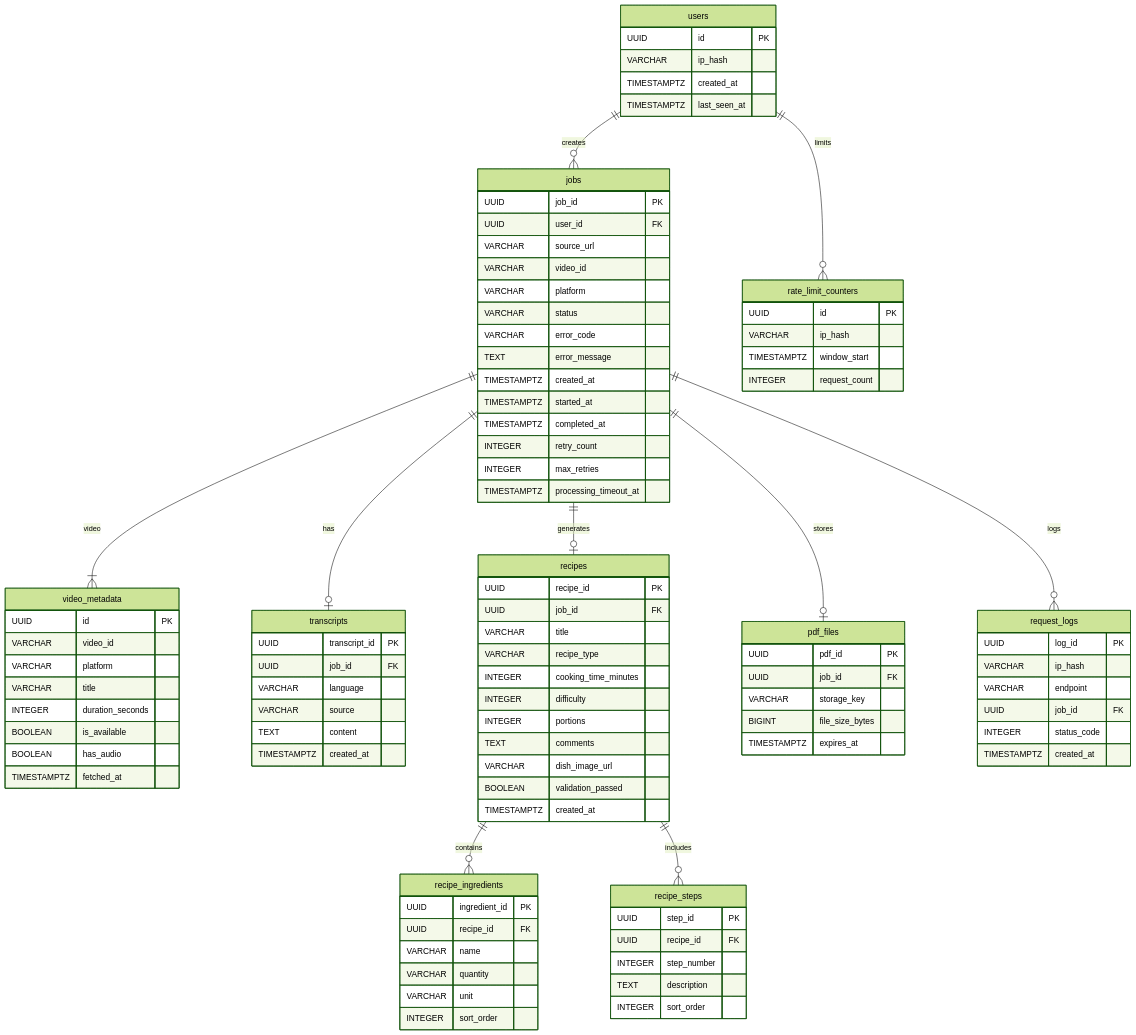
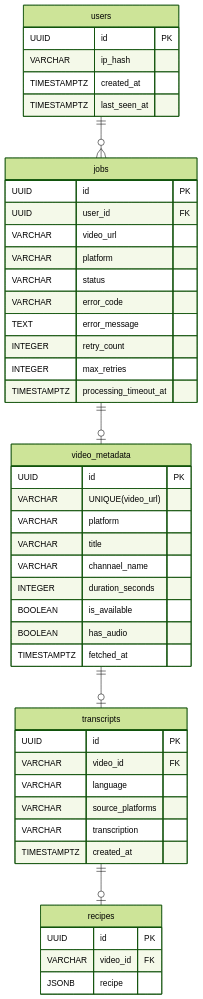
One commit to allfeia/Cooklink changed the diagram in docs/Data/postgres/ER_DIAGRAM_POSTGRES.md. Above: the diagram before and after it, drawn with Mermaid (forest theme). The commit also changed 6 other files, not shown here.

Commit message:
sequence-диаграмма, исправлена er-диаграмма, рефактор индексов и ключей для Redis

````diff
--- a/docs/Data/postgres/ER_DIAGRAM_POSTGRES.md
+++ b/docs/Data/postgres/ER_DIAGRAM_POSTGRES.md
@@ -11,17 +11,13 @@
     }
     
     jobs {
-        UUID job_id PK
+        UUID id PK
         UUID user_id FK
-        VARCHAR source_url
-        VARCHAR video_id
+        VARCHAR video_url
         VARCHAR platform
         VARCHAR status
         VARCHAR error_code
         TEXT error_message
-        TIMESTAMPTZ created_at
-        TIMESTAMPTZ started_at
-        TIMESTAMPTZ completed_at
         INTEGER retry_count
         INTEGER max_retries
         TIMESTAMPTZ processing_timeout_at
@@ -29,9 +25,10 @@
     
     video_metadata {
         UUID id PK
-        VARCHAR video_id
+        VARCHAR UNIQUE(video_url)
         VARCHAR platform
         VARCHAR title
+        VARCHAR channael_name
         INTEGER duration_seconds
         BOOLEAN is_available
         BOOLEAN has_audio
@@ -42,82 +39,33 @@
     %% RECIPE DATA
     %% ─────────────────────────────────────
     transcripts {
-        UUID transcript_id PK
-        UUID job_id FK
+        UUID id PK
+        VARCHAR video_id FK
         VARCHAR language
-        VARCHAR source
-        TEXT content
+        VARCHAR source_platforms
+        VARCHAR transcription
         TIMESTAMPTZ created_at
     }
     
     recipes {
-        UUID recipe_id PK
-        UUID job_id FK
-        VARCHAR title
-        VARCHAR recipe_type
-        INTEGER cooking_time_minutes
-        INTEGER difficulty
-        INTEGER portions
-        TEXT comments
-        VARCHAR dish_image_url
-        BOOLEAN validation_passed
-        TIMESTAMPTZ created_at
+        UUID id PK
+        VARCHAR video_id FK
+        JSONB recipe
     }
     
-    recipe_ingredients {
-        UUID ingredient_id PK
-        UUID recipe_id FK
-        VARCHAR name
-        VARCHAR quantity
-        VARCHAR unit
-        INTEGER sort_order
-    }
-    
-    recipe_steps {
-        UUID step_id PK
-        UUID recipe_id FK
-        INTEGER step_number
-        TEXT description
-        INTEGER sort_order
-    }
-    
-    %% ─────────────────────────────────────
-    %% STORAGE & AUDIT
-    %% ─────────────────────────────────────
-    pdf_files {
-        UUID pdf_id PK
-        UUID job_id FK
-        VARCHAR storage_key
-        BIGINT file_size_bytes
-        TIMESTAMPTZ expires_at
-    }
-    
-    request_logs {
-        UUID log_id PK
-        VARCHAR ip_hash
-        VARCHAR endpoint
-        UUID job_id FK
-        INTEGER status_code
-        TIMESTAMPTZ created_at
-    }
-    
-    rate_limit_counters {
-        UUID id PK
-        VARCHAR ip_hash
-        TIMESTAMPTZ window_start
-        INTEGER request_count
-    }
+%%    rate_limit_counters {
+%%        UUID id PK
+%%        VARCHAR ip_hash
+%%        TIMESTAMPTZ window_start
+%%        INTEGER request_count
+%%    }
     
     %% ─────────────────────────────────────
     %% RELATIONSHIPS
     %% ─────────────────────────────────────
-    users ||--o{ jobs : "creates"
-    jobs ||--o| transcripts : "has"
-    jobs ||--o| recipes : "generates"
-    jobs ||--o| pdf_files : "stores"
-    recipes ||--o{ recipe_ingredients : "contains"
-    recipes ||--o{ recipe_steps : "includes"
-    jobs ||--o{ request_logs : "logs"
-    jobs ||--|{ video_metadata : "video"
-    users ||--o{ rate_limit_counters : "limits"
+    users ||--o{ jobs : ""
+    video_metadata ||--o| transcripts : ""
+    transcripts ||--o| recipes : ""
+    jobs ||--o| video_metadata : ""
+%%    users ||--o{ rate_limit_counters : ""
 ```
````
